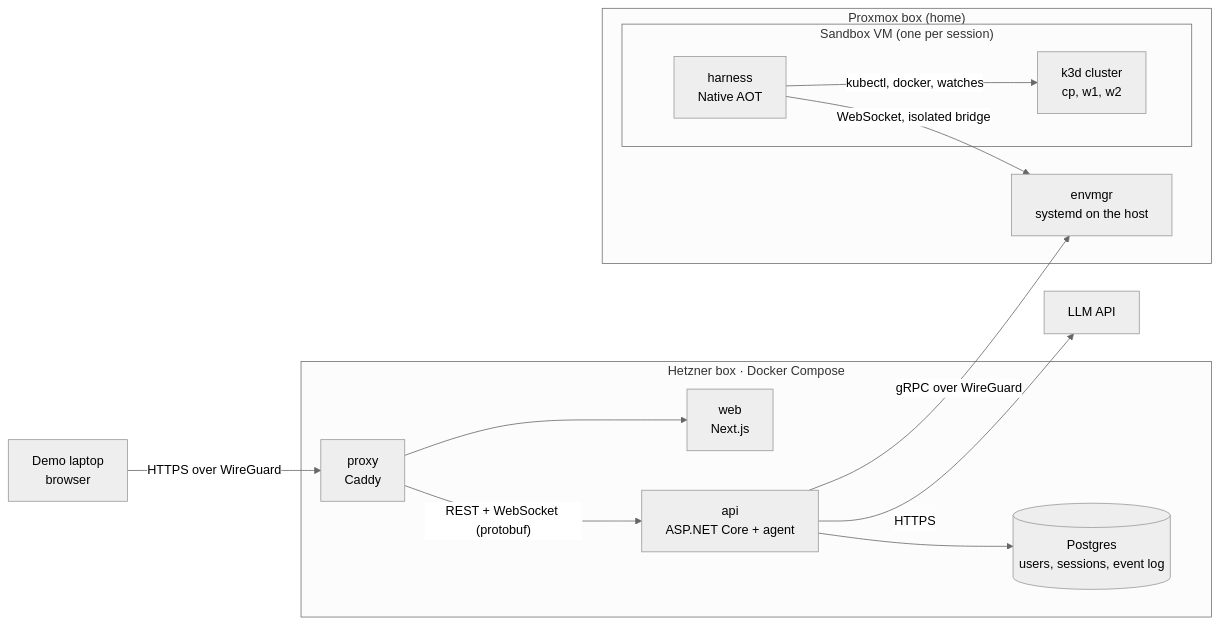
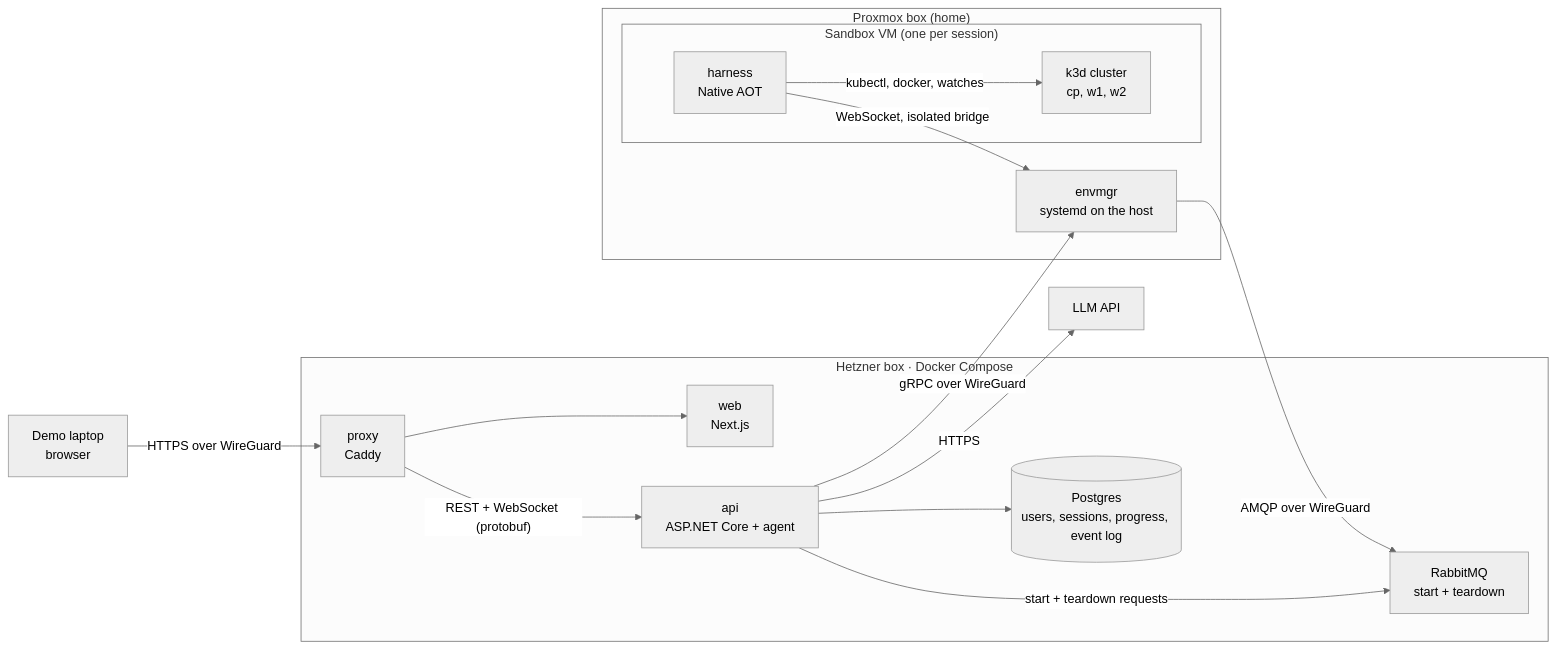
The second of 2 diagrams in ARCHITECTURE.md (kubernetes-learning-platform/docs), drawn with Mermaid (neutral theme) before and after one commit. The commit also changed other lines of this file and 5 other files, not shown here.

````diff
--- a/ARCHITECTURE.md
+++ b/ARCHITECTURE.md
@@ -99,29 +105,32 @@
 ```mermaid
 flowchart LR
     laptop["Demo laptop<br/>browser"]
     llm["LLM API"]
 
     subgraph hetzner["Hetzner box · Docker Compose"]
         proxy["proxy<br/>Caddy"]
         web["web<br/>Next.js"]
         api["api<br/>ASP.NET Core + agent"]
-        db[("Postgres<br/>users, sessions, event log")]
+        db[("Postgres<br/>users, sessions, progress, event log")]
+        mq["RabbitMQ<br/>start + teardown"]
     end
 
     subgraph home["Proxmox box (home)"]
         envmgr["envmgr<br/>systemd on the host"]
         subgraph vm["Sandbox VM (one per session)"]
             harness["harness<br/>Native AOT"]
             k3d["k3d cluster<br/>cp, w1, w2"]
         end
     end
 
     laptop -->|"HTTPS over WireGuard"| proxy
     proxy --> web
     proxy -->|"REST + WebSocket (protobuf)"| api
     api --> db
+    api -->|"start + teardown requests"| mq
     api -->|HTTPS| llm
     api -->|"gRPC over WireGuard"| envmgr
+    envmgr -->|"AMQP over WireGuard"| mq
     harness -->|"WebSocket, isolated bridge"| envmgr
     harness -->|"kubectl, docker, watches"| k3d
 ```
````
